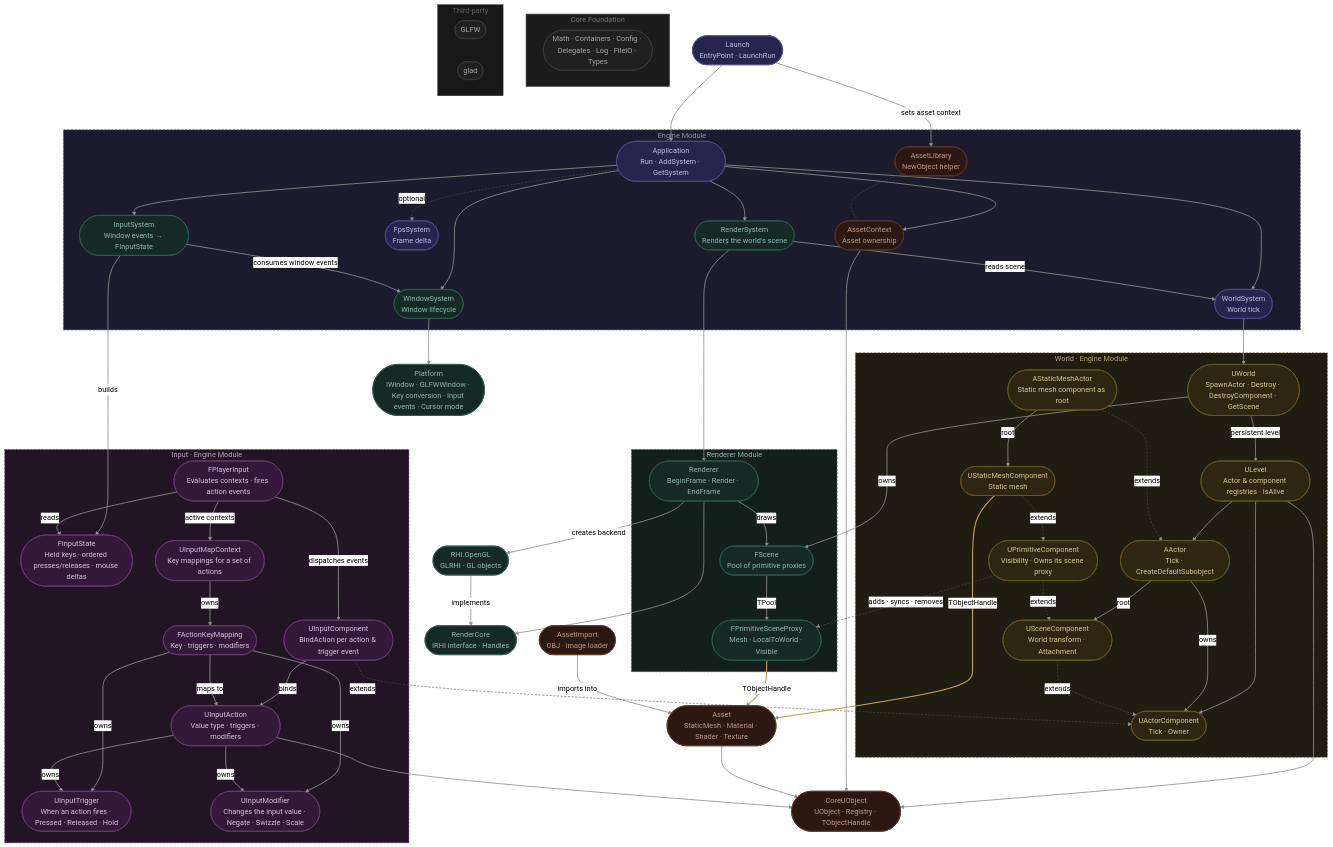
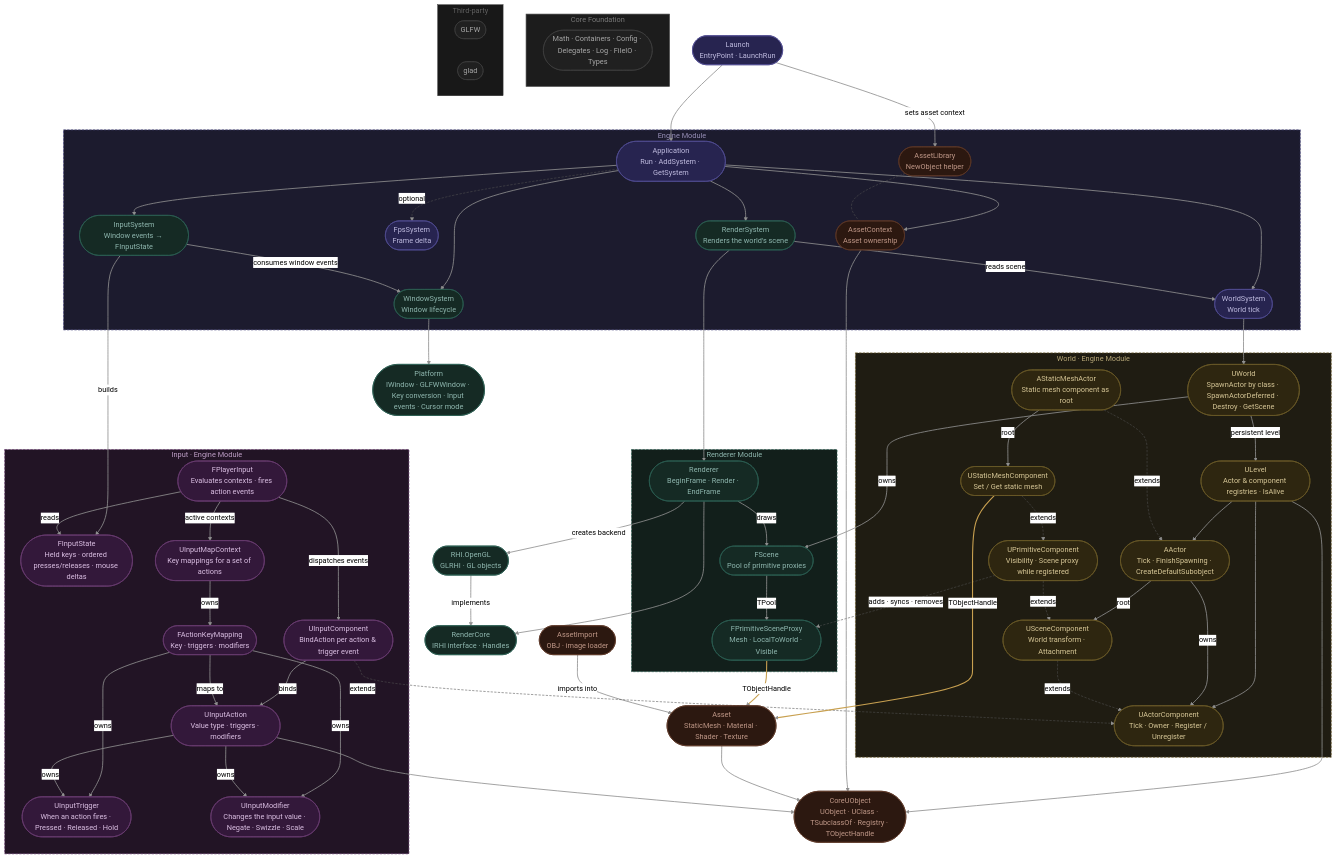
Before and after one commit to ShotaKhakhishvili/KIU_ClubEngine: the diagram in README.md, drawn with Mermaid (neutral theme). The commit also changed other lines of this file, not shown here.

```diff
--- a/README.md
+++ b/README.md
@@ -22,14 +22,14 @@
     end
 
     subgraph WorldLayer["  World · Engine Module  "]
-        UWorld(["UWorld<br/>SpawnActor · Destroy · DestroyComponent · GetScene"])
+        UWorld(["UWorld<br/>SpawnActor by class · SpawnActorDeferred · Destroy · GetScene"])
         ULevel(["ULevel<br/>Actor & component registries · IsAlive"])
-        AActor(["AActor<br/>Tick · CreateDefaultSubobject"])
+        AActor(["AActor<br/>Tick · FinishSpawning · CreateDefaultSubobject"])
         AStaticMeshActor(["AStaticMeshActor<br/>Static mesh component as root"])
-        UActorComponent(["UActorComponent<br/>Tick · Owner"])
+        UActorComponent(["UActorComponent<br/>Tick · Owner · Register / Unregister"])
         USceneComponent(["USceneComponent<br/>World transform · Attachment"])
-        UPrimitiveComponent(["UPrimitiveComponent<br/>Visibility · Owns its scene proxy"])
-        UStaticMeshComponent(["UStaticMeshComponent<br/>Static mesh"])
+        UPrimitiveComponent(["UPrimitiveComponent<br/>Visibility · Scene proxy while registered"])
+        UStaticMeshComponent(["UStaticMeshComponent<br/>Set / Get static mesh"])
     end
 
     subgraph InputLayer["  Input · Engine Module  "]
@@ -49,7 +49,7 @@
         FPrimitiveSceneProxy(["FPrimitiveSceneProxy<br/>Mesh · LocalToWorld · Visible"])
     end
 
-    CoreUObject(["CoreUObject<br/>UObject · Registry · TObjectHandle"])
+    CoreUObject(["CoreUObject<br/>UObject · UClass · TSubclassOf · Registry · TObjectHandle"])
     Platform(["Platform<br/>IWindow · GLFWWindow · Key conversion · Input events · Cursor mode"])
     Asset(["Asset<br/>StaticMesh · Material · Shader · Texture"])
     AssetImport(["AssetImport<br/>OBJ · image loader"])
```
